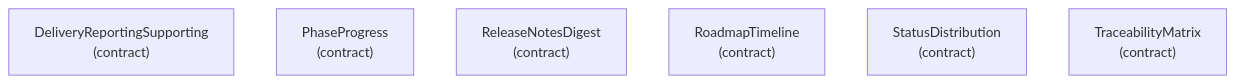
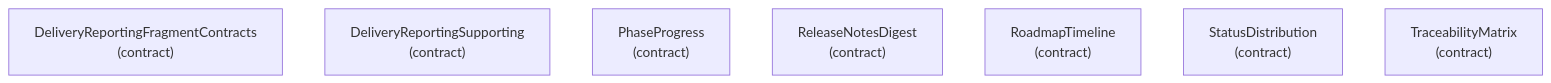
Before and after one commit to libar-dev/architect: the fifth of 24 diagrams in docs-live/ARCHITECTURE.md, drawn with Mermaid. The commit also changed other lines of this file and 11 other files, not shown here.

````diff
--- a/docs-live/ARCHITECTURE.md
+++ b/docs-live/ARCHITECTURE.md
@@ -185,9 +177,10 @@
 ```mermaid
 graph TD
+  deliveryreportingfragmentcontracts["DeliveryReportingFragmentContracts<br/>(contract)"]
   deliveryreportingsupporting["DeliveryReportingSupporting<br/>(contract)"]
   phaseprogress["PhaseProgress<br/>(contract)"]
   releasenotesdigest["ReleaseNotesDigest<br/>(contract)"]
   roadmaptimeline["RoadmapTimeline<br/>(contract)"]
   statusdistribution["StatusDistribution<br/>(contract)"]
   traceabilitymatrix["TraceabilityMatrix<br/>(contract)"]
 ```
````
